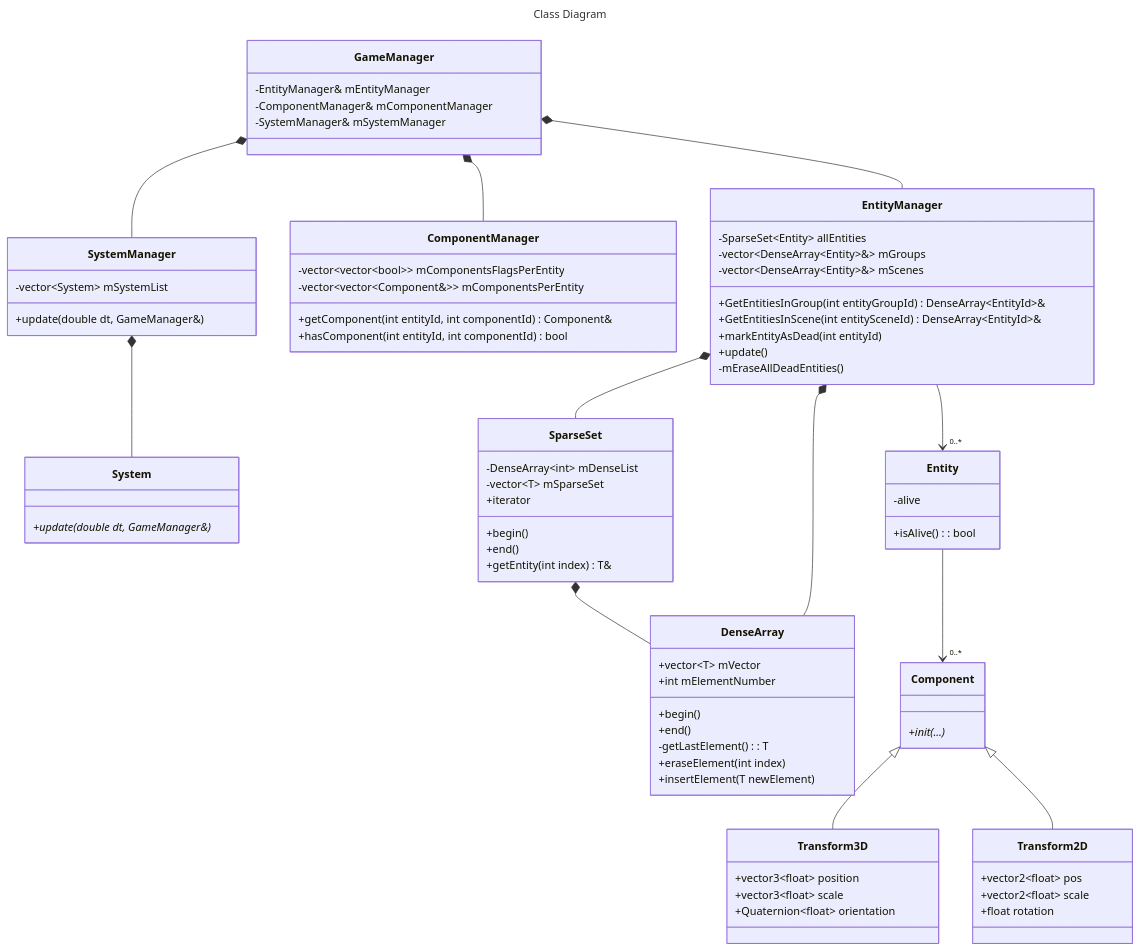
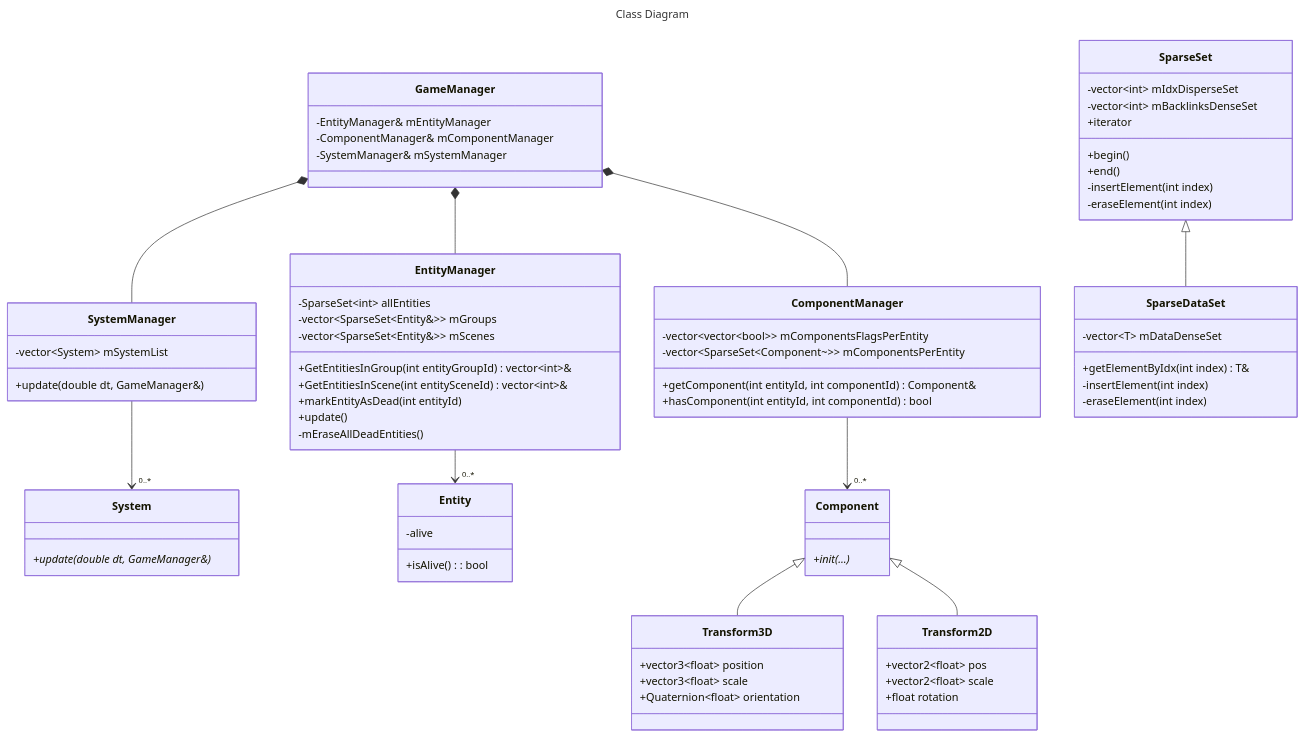
One commit to IzanDeVegaLopez/Proyectos3_GDV_2025_26 changed the second of 2 diagrams in documentation/architecture.md. Above: the diagram before and after it, drawn with Mermaid. The commit also changed other lines of this file, not shown here.

Commit message:
Documento Arquitectura, cambio a todo SparseDataSets

````diff
--- a/documentation/architecture.md
+++ b/documentation/architecture.md
@@ -34,80 +34,75 @@
 ```mermaid
 ---
 title: Class Diagram
 ---
 classDiagram
 	GameManager *-- EntityManager
 	GameManager *-- ComponentManager
 	GameManager *-- SystemManager
-	SystemManager *-- System
-    EntityManager *-- SparseSet
-	SparseSet *-- DenseArray
-	DenseArray --* EntityManager
+	SystemManager --> "0..*" System
 	EntityManager --> "0..*" Entity
-	Entity --> "0..*" Component
+	ComponentManager --> "0..*" Component
 	Component <|-- Transform3D  
 	Component <|-- Transform2D
- 	Component
+	SparseSet <|-- SparseDataSet
 	class Entity{
 		-alive
 		+isAlive() : bool
 	}
 	class Component{
 		+init(...)*
 	}
 	class SystemManager{
 		-vector~System~ mSystemList
 		+update(double dt, GameManager&)
 	}
 	class System{
 		+update(double dt, GameManager&)*
 	}
 	class ComponentManager{
 		-vector~vector~bool~~ mComponentsFlagsPerEntity
-		-vector~vector~Component&~~ mComponentsPerEntity
+		-vector~SparseSet~Component~~~ mComponentsPerEntity
 		+getComponent(int entityId, int componentId) Component&
 		+hasComponent(int entityId, int componentId) bool
 	}
 	class GameManager{
 		-EntityManager& mEntityManager
 		-ComponentManager& mComponentManager
 		-SystemManager& mSystemManager
 	}
     class EntityManager{
-        -SparseSet~Entity~ allEntities
-		-vector~DenseArray~Entity~&~ mGroups
-		-vector~DenseArray~Entity~&~ mScenes
-		+GetEntitiesInGroup(int entityGroupId) DenseArray~EntityId~&
-		+GetEntitiesInScene(int entitySceneId) DenseArray~EntityId~&
+        -SparseSet~int~ allEntities
+		-vector~SparseSet~Entity&~~ mGroups
+		-vector~SparseSet~Entity&~~ mScenes
+		+GetEntitiesInGroup(int entityGroupId) vector~int~&
+		+GetEntitiesInScene(int entitySceneId) vector~int~&
 		+markEntityAsDead(int entityId)
 		+update()
 		-mEraseAllDeadEntities()
     }
-    class SparseSet~T~{
-		-DenseArray~int~ mDenseList
-		-vector~T~ mSparseSet
+	class SparseSet{
+		-vector~int~ mIdxDisperseSet
+		-vector~int~ mBacklinksDenseSet
 		+iterator
 		+begin()
 		+end()
-		+getEntity(int index) T&
-    }
-    class DenseArray~T~{
-        +vector~T~ mVector
-		+int mElementNumber
-		+begin()
-		+end()
-		-getLastElement() : T
-		+eraseElement(int index)
-		+insertElement(T newElement)
+		-insertElement(int index)
+		-eraseElement(int index)
+	}
+    class SparseDataSet~T~{
+		-vector~T~ mDataDenseSet
+		+getElementByIdx(int index) T&
+		-insertElement(int index)
+		-eraseElement(int index)
     }
 	class Transform3D{
 		+vector3~float~ position
 		+vector3~float~ scale
 		+Quaternion~float~ orientation
 	}
 	class Transform2D{
 		+vector2~float~ pos
 		+vector2~float~ scale
 		+float rotation
 	}
 ```
````
